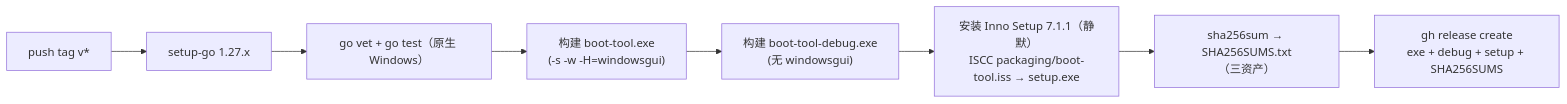
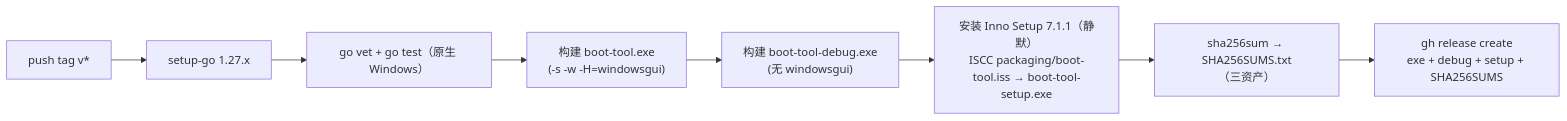
One commit to liunian0403/boot-tool changed the second of 3 diagrams in docs/design.md. Above: the diagram before and after it, drawn with Mermaid. The commit also changed other lines of this file and 3 other files, not shown here.

````diff
--- a/docs/design.md
+++ b/docs/design.md
@@ -192,8 +210,8 @@
 ```mermaid
 flowchart LR
     T["push tag v*"] --> S1["setup-go 1.27.x"] --> S2["go vet + go test（原生 Windows）"] --> S3["构建 boot-tool.exe<br/>(-s -w -H=windowsgui)"]
     S3 --> S4["构建 boot-tool-debug.exe<br/>(无 windowsgui)"]
-    S4 --> S5["安装 Inno Setup 7.1.1（静默）<br/>ISCC packaging/boot-tool.iss → setup.exe"]
+    S4 --> S5["安装 Inno Setup 7.1.1（静默）<br/>ISCC packaging/boot-tool.iss → boot-tool-setup.exe"]
     S5 --> S6["sha256sum → SHA256SUMS.txt<br/>（三资产）"]
     S6 --> S7["gh release create<br/>exe + debug + setup + SHA256SUMS"]
 ```
````
